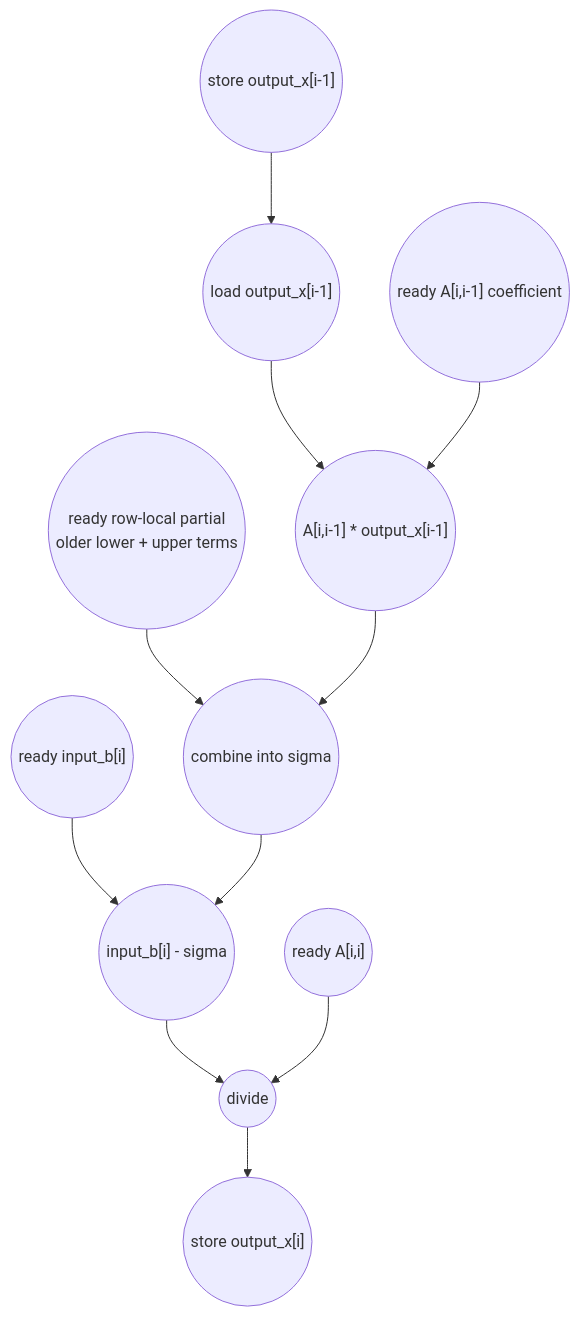
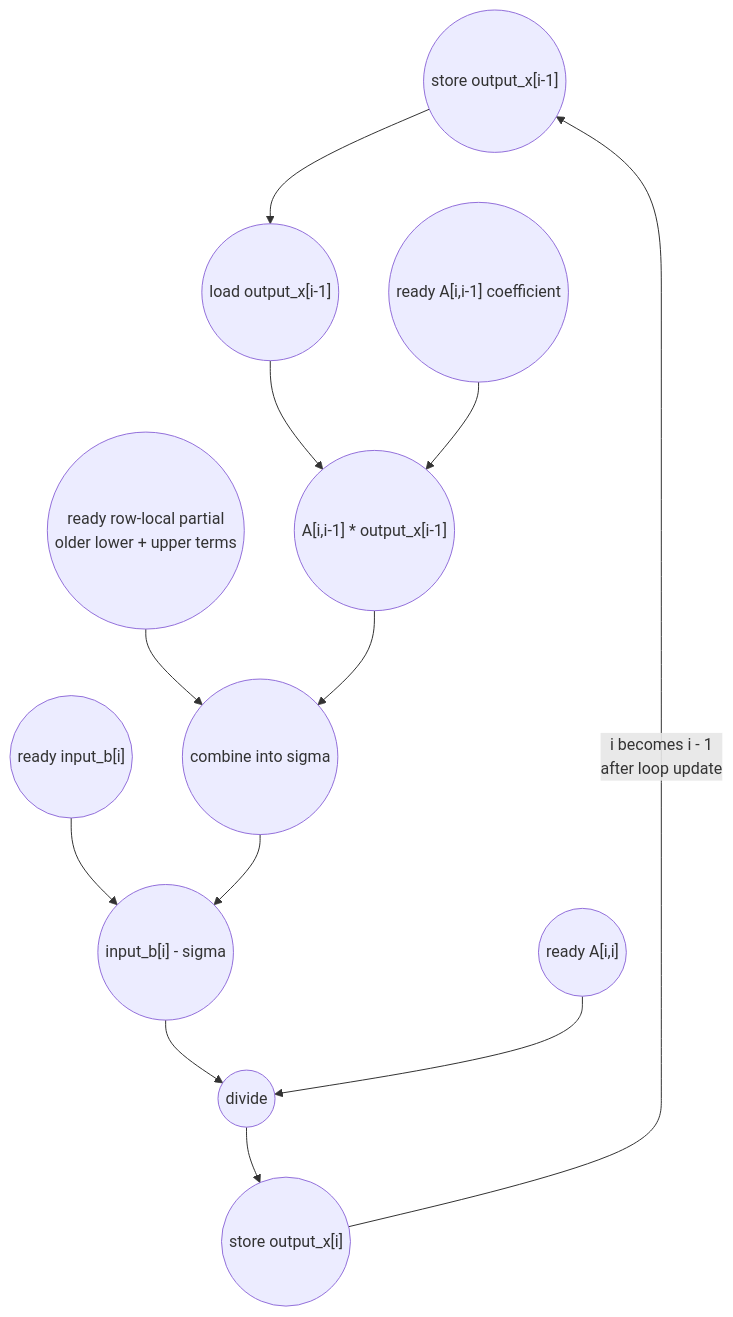
The diagram in tests/app/gauss_seidel_step/gauss_seidel_step_eval.md (PolyArch/loom), drawn with Mermaid before and after one commit. The commit also changed other lines of this file and 1 other file, not shown here.

````diff
--- a/tests/app/gauss_seidel_step/gauss_seidel_step_eval.md
+++ b/tests/app/gauss_seidel_step/gauss_seidel_step_eval.md
@@ -169,25 +169,26 @@
 ```mermaid
 graph TD
     prev_store(("store output_x[i-1]"))
     ld_prev(("load output_x[i-1]"))
     coeff(("ready A[i,i-1] coefficient"))
     prod(("A[i,i-1] * output_x[i-1]"))
     partial(("ready row-local partial<br/>older lower + upper terms"))
     combine(("combine into sigma"))
     b(("ready input_b[i]"))
     sub(("input_b[i] - sigma"))
     diag(("ready A[i,i]"))
     div(("divide"))
     st(("store output_x[i]"))
 
     prev_store --> ld_prev
     ld_prev --> prod
     coeff --> prod
     partial --> combine
     prod --> combine
     b --> sub
     combine --> sub
     sub --> div
     diag --> div
     div --> st
+    st -->|i becomes i - 1<br>after loop update| prev_store
 ```
````
